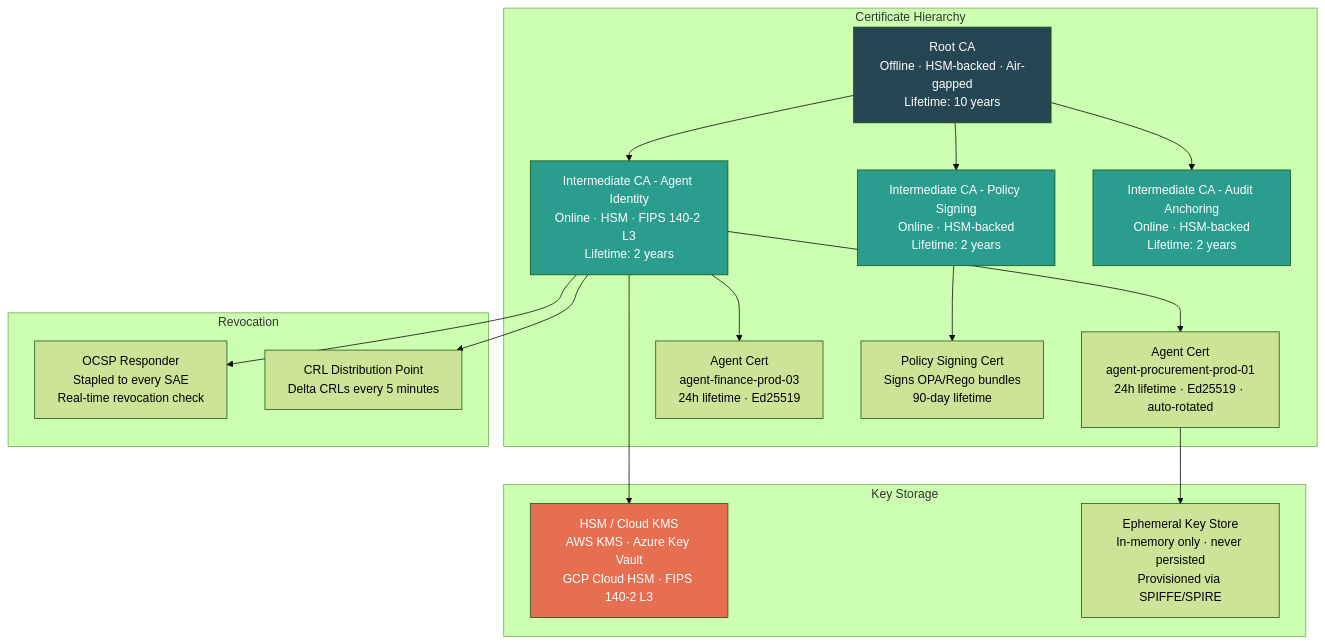
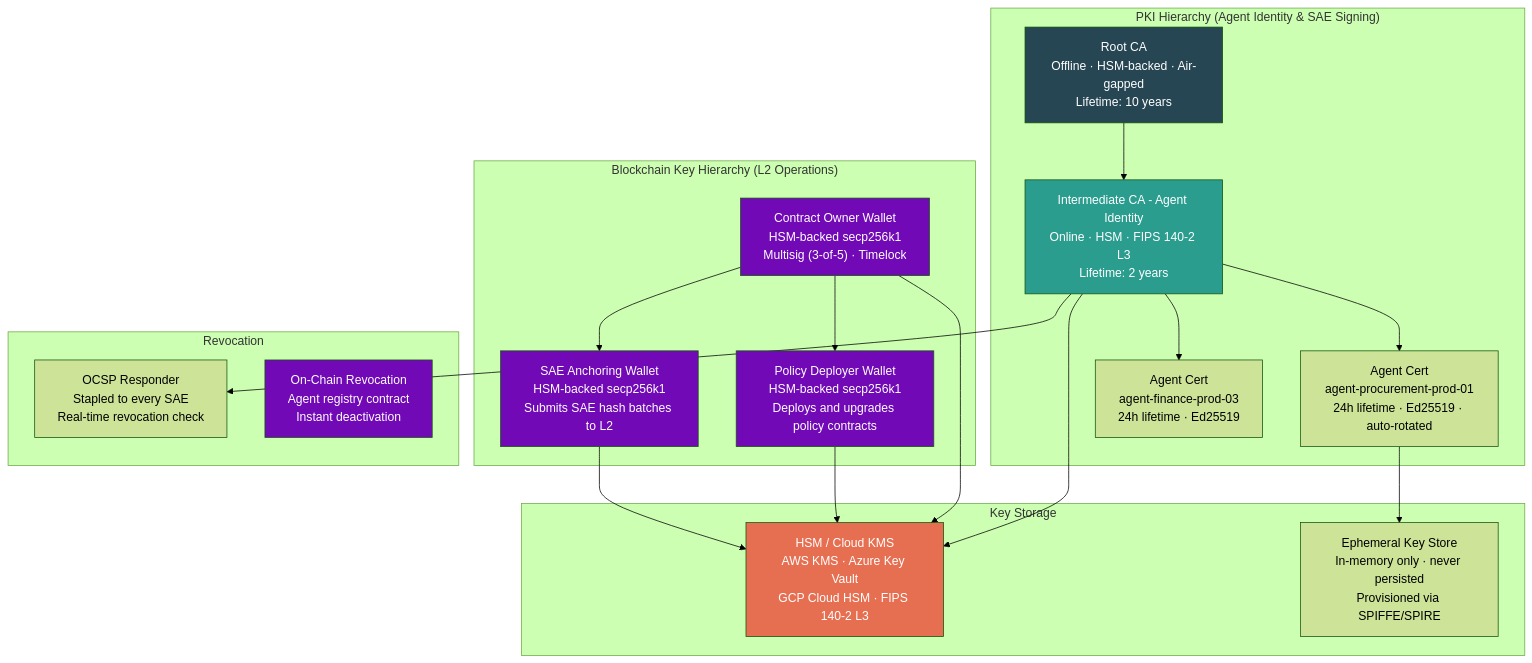
The fifth of 13 diagrams in cryptographic-trust-layer-thesis.md (kjayashr/cryptographic-trust-layer), drawn with Mermaid (forest theme) before and after one commit. The commit also changed other lines of this file, not shown here.

First line of the commit message:
Rewrite architecture to smart contract-based enforcement on Ethereum L2

````diff
--- a/cryptographic-trust-layer-thesis.md
+++ b/cryptographic-trust-layer-thesis.md
@@ -195,43 +204,50 @@
 ```mermaid
 graph TB
-    subgraph "Certificate Hierarchy"
+    subgraph "PKI Hierarchy (Agent Identity & SAE Signing)"
         ROOT["Root CA<br/>Offline · HSM-backed · Air-gapped<br/>Lifetime: 10 years"]
         INT["Intermediate CA - Agent Identity<br/>Online · HSM · FIPS 140-2 L3<br/>Lifetime: 2 years"]
-        INT2["Intermediate CA - Policy Signing<br/>Online · HSM-backed<br/>Lifetime: 2 years"]
-        INT3["Intermediate CA - Audit Anchoring<br/>Online · HSM-backed<br/>Lifetime: 2 years"]
 
         ROOT --> INT
-        ROOT --> INT2
-        ROOT --> INT3
 
         AGENT1["Agent Cert<br/>agent-procurement-prod-01<br/>24h lifetime · Ed25519 · auto-rotated"]
         AGENT2["Agent Cert<br/>agent-finance-prod-03<br/>24h lifetime · Ed25519"]
-        POLICY["Policy Signing Cert<br/>Signs OPA/Rego bundles<br/>90-day lifetime"]
 
         INT --> AGENT1
         INT --> AGENT2
-        INT2 --> POLICY
+    end
+
+    subgraph "Blockchain Key Hierarchy (L2 Operations)"
+        OWNER["Contract Owner Wallet<br/>HSM-backed secp256k1<br/>Multisig (3-of-5) · Timelock"]
+        DEPLOYER["Policy Deployer Wallet<br/>HSM-backed secp256k1<br/>Deploys and upgrades policy contracts"]
+        ANCHORER["SAE Anchoring Wallet<br/>HSM-backed secp256k1<br/>Submits SAE hash batches to L2"]
+
+        OWNER --> DEPLOYER
+        OWNER --> ANCHORER
     end
 
     subgraph "Key Storage"
         HSM["HSM / Cloud KMS<br/>AWS KMS · Azure Key Vault<br/>GCP Cloud HSM · FIPS 140-2 L3"]
         AGENT_STORE["Ephemeral Key Store<br/>In-memory only · never persisted<br/>Provisioned via SPIFFE/SPIRE"]
     end
 
     INT --> HSM
+    OWNER --> HSM
+    DEPLOYER --> HSM
+    ANCHORER --> HSM
     AGENT1 --> AGENT_STORE
 
     subgraph "Revocation"
         OCSP["OCSP Responder<br/>Stapled to every SAE<br/>Real-time revocation check"]
-        CRL["CRL Distribution Point<br/>Delta CRLs every 5 minutes"]
+        ONCHAIN["On-Chain Revocation<br/>Agent registry contract<br/>Instant deactivation"]
     end
 
     INT --> OCSP
-    INT --> CRL
 
     style ROOT fill:#264653,color:#fff
     style INT fill:#2a9d8f,color:#fff
-    style INT2 fill:#2a9d8f,color:#fff
-    style INT3 fill:#2a9d8f,color:#fff
     style HSM fill:#e76f51,color:#fff
+    style OWNER fill:#7209b6,color:#fff
+    style DEPLOYER fill:#7209b6,color:#fff
+    style ANCHORER fill:#7209b6,color:#fff
+    style ONCHAIN fill:#7209b6,color:#fff
 ```
````
